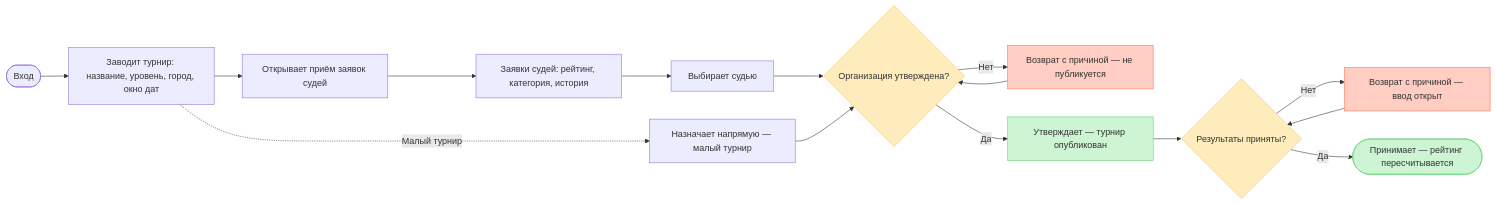
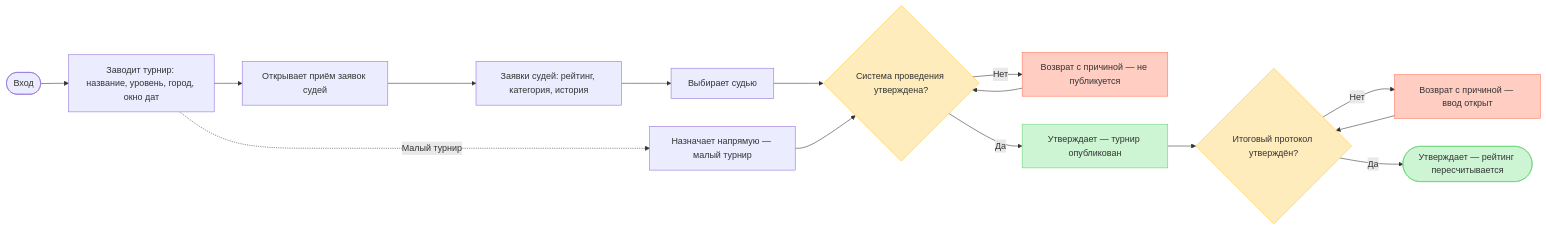
One commit to AssylanAkhanuly/tt_tournament changed the fourth of 12 diagrams in USERFLOW.md. Above: the diagram before and after it, drawn with Mermaid. The commit also changed other lines of this file and 4 other files, not shown here.

````diff
--- a/USERFLOW.md
+++ b/USERFLOW.md
@@ -242,37 +277,37 @@
 ```mermaid
 flowchart LR
     login(["Вход"])
     create["Заводит турнир: название, уровень, город, окно дат"]
     openRef["Открывает приём заявок судей"]
     inbox["Заявки судей: рейтинг, категория, история"]
     pick["Выбирает судью"]
     direct["Назначает напрямую — малый турнир"]
-    gateOrg{"Организация утверждена?"}
+    gateOrg{"Система проведения утверждена?"}
     rework["Возврат с причиной — не публикуется"]
     publish["Утверждает — турнир опубликован"]
-    gateRes{"Результаты приняты?"}
+    gateRes{"Итоговый протокол утверждён?"}
     fix["Возврат с причиной — ввод открыт"]
-    accept(["Принимает — рейтинг пересчитывается"])
+    accept(["Утверждает — рейтинг пересчитывается"])
 
     login --> create
     create --> openRef
     openRef --> inbox
     inbox --> pick
     create -.->|"Малый турнир"| direct
     pick --> gateOrg
     direct --> gateOrg
     gateOrg -->|"Нет"| rework
     rework --> gateOrg
     gateOrg -->|"Да"| publish
     publish --> gateRes
     gateRes -->|"Нет"| fix
     fix --> gateRes
     gateRes -->|"Да"| accept
 
     style gateOrg fill:#FFECBD,stroke:#FFC943
     style gateRes fill:#FFECBD,stroke:#FFC943
     style rework fill:#FFCDC2,stroke:#FF7556
     style fix fill:#FFCDC2,stroke:#FF7556
     style publish fill:#CDF4D3,stroke:#66D575
     style accept fill:#CDF4D3,stroke:#66D575
 ```
````
